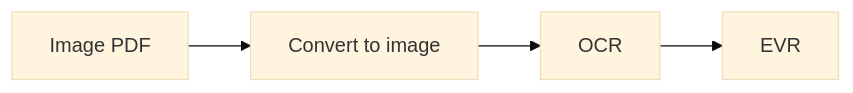
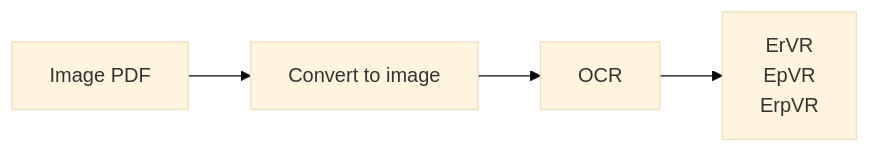
One commit to mariogarcia-ar/docflow changed the fifth of 8 diagrams in workflow.md. Above: the diagram before and after it, drawn with Mermaid (base theme). The commit also changed other lines of this file, not shown here.

````diff
--- a/workflow.md
+++ b/workflow.md
@@ -165,4 +166,4 @@
 ```mermaid
 graph LR
-    A["Image PDF"] --> B["Convert to image"] --> C["OCR"] --> D["EVR"]
+    A["Image PDF"] --> B["Convert to image"] --> C["OCR"] --> D["ErVR<br/>EpVR<br/>ErpVR"]
 ```
````
